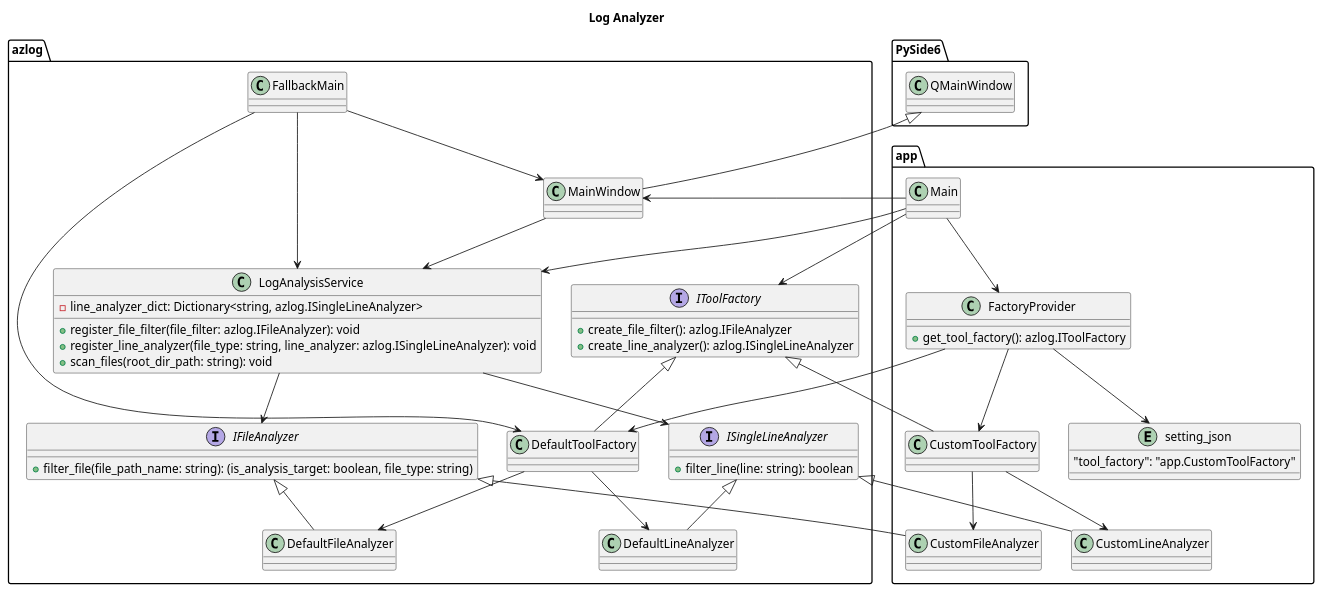
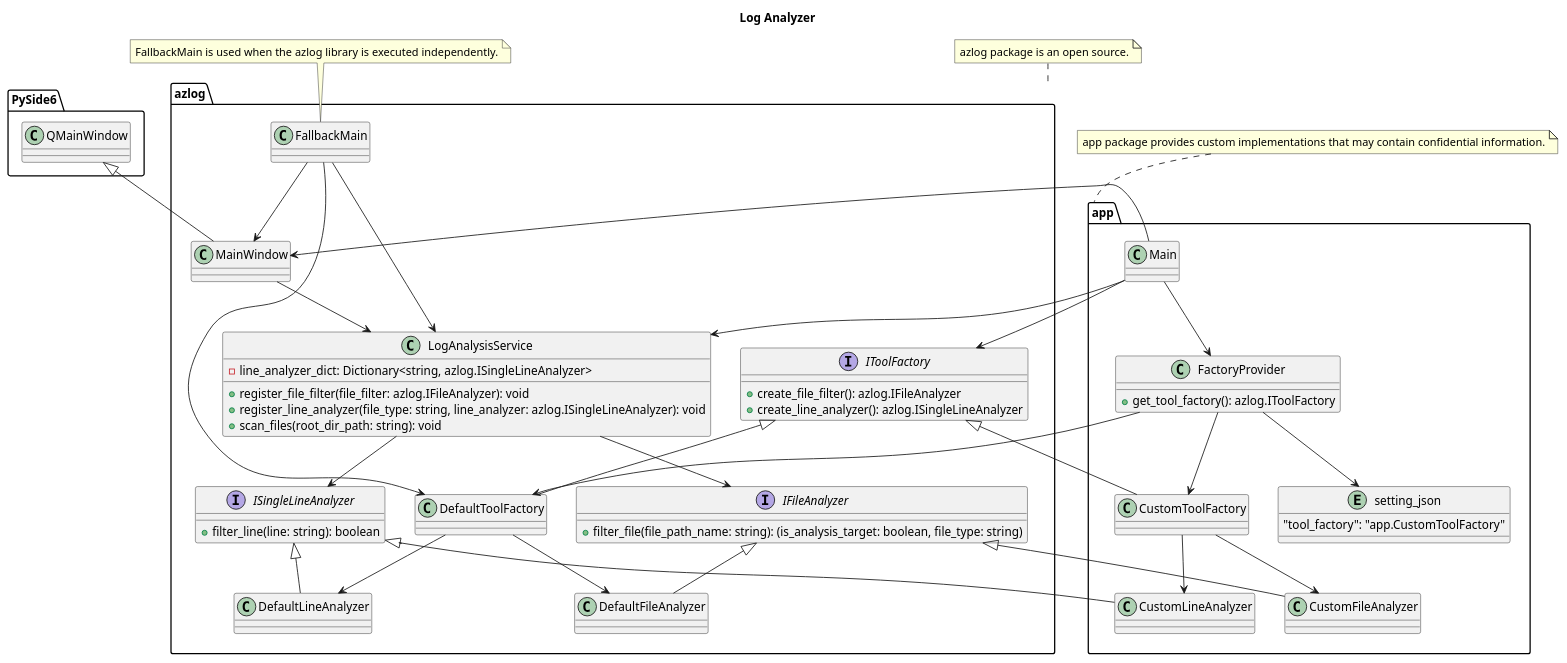
Before and after one commit to Takayoshi-Matsuyama/log_analyzer: the diagram in doc/log_analyzer.puml, drawn with PlantUML.

Commit message:
Updated - class diagram

```diff
--- a/doc/log_analyzer.puml
+++ b/doc/log_analyzer.puml
@@ -1,104 +1,111 @@
 @startuml log_analyzer
 
 'Copyright 2026 Takayoshi Matsuyama
 '
 'Licensed under the Apache License, Version 2.0 (the "License");
 'you may not use this file except in compliance with the License.
 'You may obtain a copy of the License at
 '
 '    http://www.apache.org/licenses/LICENSE-2.0
 '
 'Unless required by applicable law or agreed to in writing, software
 'distributed under the License is distributed on an "AS IS" BASIS,
 'WITHOUT WARRANTIES OR CONDITIONS OF ANY KIND, either express or implied.
 'See the License for the specific language governing permissions and
 'limitations under the License.
 
 title Log Analyzer
 
 interface azlog.IFileAnalyzer
 {
     +filter_file(file_path_name: string): (is_analysis_target: boolean, file_type: string)
 }
 
 class azlog.DefaultFileAnalyzer {}
 class app.CustomFileAnalyzer {}
 
 azlog.IFileAnalyzer <|-- azlog.DefaultFileAnalyzer
 azlog.IFileAnalyzer <|-- app.CustomFileAnalyzer
 
 interface azlog.ISingleLineAnalyzer
 {
     +filter_line(line: string): boolean
 }
 
 class azlog.DefaultLineAnalyzer {}
 class app.CustomLineAnalyzer {}
 
 azlog.ISingleLineAnalyzer <|-- azlog.DefaultLineAnalyzer
 azlog.ISingleLineAnalyzer <|-- app.CustomLineAnalyzer
 
 interface azlog.IToolFactory
 {
     +create_file_filter(): azlog.IFileAnalyzer
     +create_line_analyzer(): azlog.ISingleLineAnalyzer
 }
 
 class azlog.DefaultToolFactory {}
 class app.CustomToolFactory {}
 
 azlog.IToolFactory <|-- azlog.DefaultToolFactory
 azlog.IToolFactory <|-- app.CustomToolFactory
 
 azlog.DefaultToolFactory --> azlog.DefaultFileAnalyzer
 azlog.DefaultToolFactory --> azlog.DefaultLineAnalyzer
 
 app.CustomToolFactory --> app.CustomFileAnalyzer
 app.CustomToolFactory --> app.CustomLineAnalyzer
 
 class azlog.LogAnalysisService
 {
     -line_analyzer_dict: Dictionary<string, azlog.ISingleLineAnalyzer>
     +register_file_filter(file_filter: azlog.IFileAnalyzer): void
     +register_line_analyzer(file_type: string, line_analyzer: azlog.ISingleLineAnalyzer): void
     +scan_files(root_dir_path: string): void
 }
 
 azlog.LogAnalysisService --> azlog.IFileAnalyzer
 azlog.LogAnalysisService --> azlog.ISingleLineAnalyzer
 
 class PySide6.QMainWindow {}
 
 class azlog.MainWindow {}
 
 PySide6.QMainWindow <|-- azlog.MainWindow
 
 entity app.setting_json
 {
     "tool_factory": "app.CustomToolFactory"
 }
 
 class app.FactoryProvider
  {
     +get_tool_factory(): azlog.IToolFactory
 }
 
 app.FactoryProvider --> app.setting_json
 app.FactoryProvider --> azlog.DefaultToolFactory
 app.FactoryProvider --> app.CustomToolFactory
 
 class azlog.FallbackMain {}
 azlog.FallbackMain --> azlog.DefaultToolFactory
 azlog.FallbackMain --> azlog.LogAnalysisService
 azlog.FallbackMain --> azlog.MainWindow
 
+note "FallbackMain is used when the azlog library is executed independently." as N1
+N1 .. azlog.FallbackMain
 
 class app.Main {}
 
 app.Main --> app.FactoryProvider
 app.Main --> azlog.IToolFactory
 app.Main --> azlog.LogAnalysisService
 app.Main --> azlog.MainWindow
 azlog.MainWindow --> azlog.LogAnalysisService
 
+note "azlog package is an open source." as N2
+N2 .. azlog
+note "app package provides custom implementations that may contain confidential information." as N3
+N3 .. app
+
 @enduml
```
